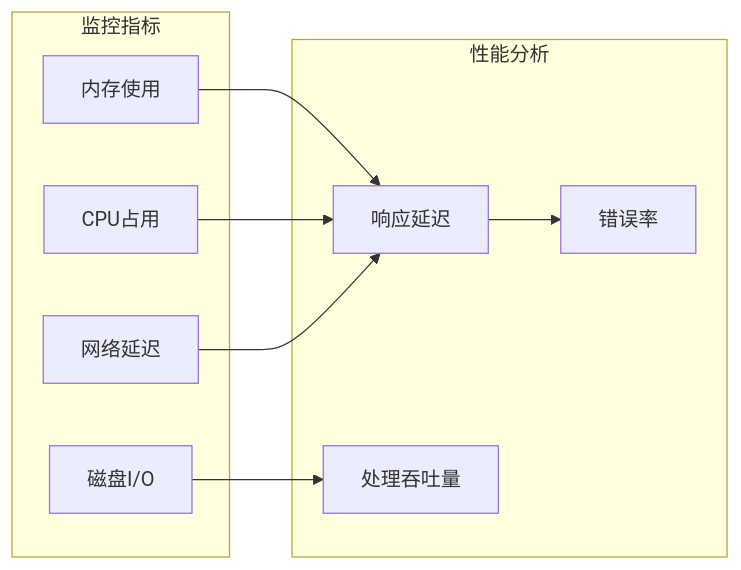
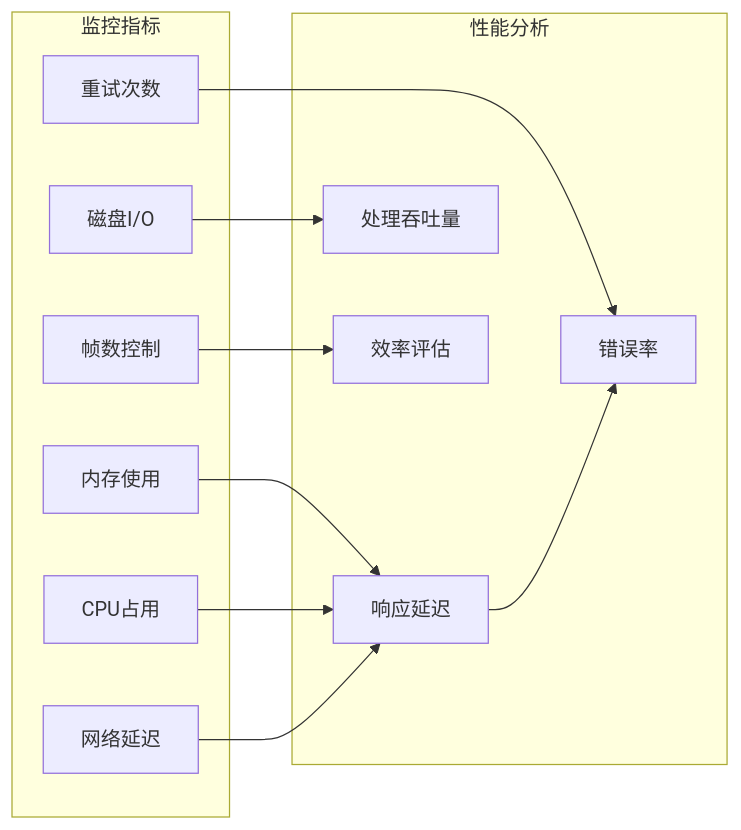
Before and after one commit to WongMingJiu/landingpage-test-hero-page: the ninth of 9 diagrams in .qoder/repowiki/zh/content/配置和定制/配置和定制.md, drawn with Mermaid. The commit also changed other lines of this file and 5 other files, not shown here.

Commit message:
feat: 更新 skill 支持双模式（视频分析+生图），更新 README

````diff
--- a/.qoder/repowiki/zh/content/配置和定制/配置和定制.md
+++ b/.qoder/repowiki/zh/content/配置和定制/配置和定制.md
@@ -479,19 +485,24 @@
 ```mermaid
 graph LR
 subgraph "监控指标"
 Memory[内存使用]
 CPU[CPU占用]
 Network[网络延迟]
 Disk[磁盘I/O]
+Frames[帧数控制]
+Retries[重试次数]
 end
 subgraph "性能分析"
 Latency[响应延迟]
 Throughput[处理吞吐量]
 ErrorRate[错误率]
+Efficiency[效率评估]
 end
 Memory --> Latency
 CPU --> Latency
 Network --> Latency
 Disk --> Throughput
+Frames --> Efficiency
+Retries --> ErrorRate
 Latency --> ErrorRate
 ```
````
